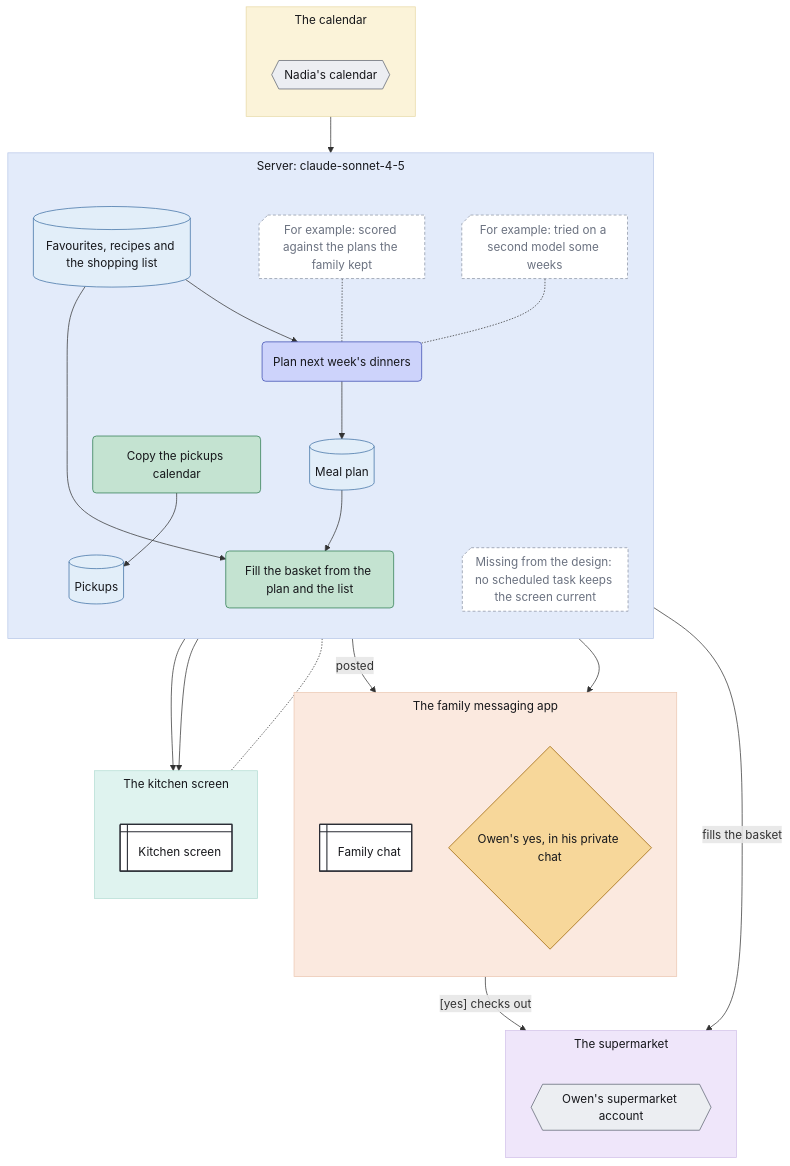
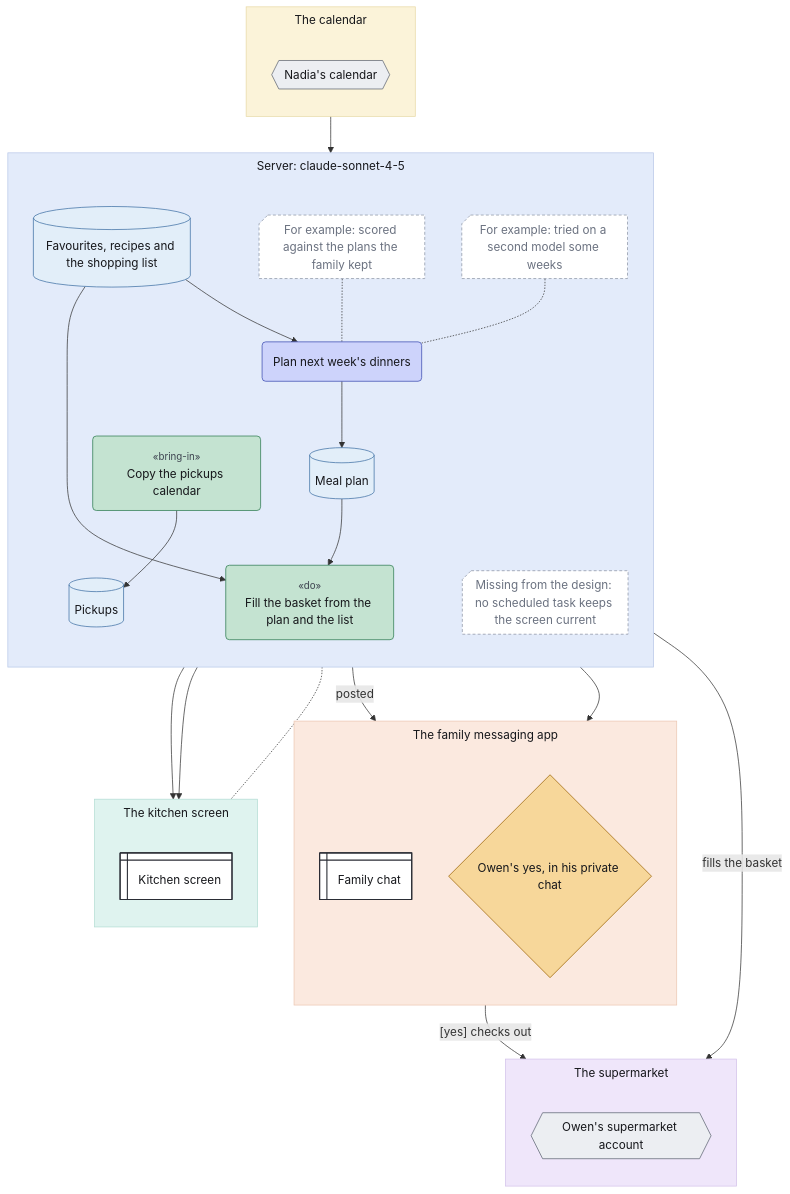
The diagram in examples/dinners-where.mmd (chrismdp/awml), drawn with Mermaid before and after one commit. The commit also changed 20 other files, not shown here.

```diff
--- a/examples/dinners-where.mmd
+++ b/examples/dinners-where.mmd
@@ -1,77 +1,77 @@
 ---
 config:
   theme: default
   flowchart:
     useMaxWidth: false
     subGraphTitleMargin:
       top: 6
       bottom: 30
 ---
 flowchart TB
   subgraph server["Server: claude-sonnet-4-5"]
     direction TB
     favourites[("Favourites, recipes and the shopping list")]
     plan("Plan next week's dinners")
     mealplan[("Meal plan")]
-    fill("Fill the basket from the plan and the list")
-    copy("Copy the pickups calendar")
+    fill("<small style='color:#3d434f'>«do»</small><br>Fill the basket from the plan and the list")
+    copy("<small style='color:#3d434f'>«bring-in»</small><br>Copy the pickups calendar")
     pickups[("Pickups")]
     screen_gap@{ shape: notch-rect, label: "Missing from the design: no scheduled task keeps the screen current" }
     scored@{ shape: notch-rect, label: "For example: scored against the plans the family kept" }
     tried@{ shape: notch-rect, label: "For example: tried on a second model some weeks" }
   end
   subgraph app["The family messaging app"]
     direction TB
     chat@{ shape: win-pane, label: "Family chat" }
     approve{"Owen's yes, in his private chat"}
   end
   subgraph supermarket["The supermarket"]
     direction TB
     shop{{"Owen's supermarket account"}}
   end
   subgraph calendars["The calendar"]
     direction TB
     calendar{{"Nadia's calendar"}}
   end
   subgraph wall["The kitchen screen"]
     direction TB
     screen@{ shape: win-pane, label: "Kitchen screen" }
   end
 
   favourites --> plan
   plan --> mealplan
   mealplan -->|"posted"| chat
   mealplan --> fill
   favourites --> fill
   fill -->|"fills the basket"| shop
   fill --> approve
   approve -->|"[yes] checks out"| shop
   calendar --> copy
   copy --> pickups
   pickups --> screen
   mealplan --> screen
   screen_gap -.- screen
   scored -.- plan
   tried -.- plan
   classDef trig fill:#fbe1ee,stroke:#a33a74,color:#16171b
   classDef ctx fill:#e2eef9,stroke:#3d6fa3,color:#16171b
   classDef con fill:#eceef2,stroke:#5d6472,color:#16171b
   classDef surf fill:#ffffff,stroke:#2a2d35,stroke-width:1.5px,color:#16171b
   classDef out fill:#fde4dc,stroke:#b5532f,color:#16171b
   classDef ai fill:#cdd3fb,stroke:#3b4bb0,color:#16171b
   classDef rule fill:#c4e3d1,stroke:#2b7a4f,color:#16171b
   classDef human fill:#f7d79a,stroke:#9a6100,color:#16171b
   classDef uml fill:#16171b,stroke:#16171b,color:#16171b
   classDef gap fill:#ffffff,stroke:#8a93a3,stroke-dasharray:4 3,color:#6b7280
   class favourites,mealplan,pickups ctx
   class shop,calendar con
   class chat,screen surf
   class plan ai
   class fill,copy rule
   class approve human
   class screen_gap,scored,tried gap
   style server fill:#e3ebfa,stroke:#b9c8e8,color:#16171b
   style app fill:#fbe9df,stroke:#ecc7b2,color:#16171b
   style supermarket fill:#efe6fa,stroke:#d3c2ea,color:#16171b
   style calendars fill:#fbf3d9,stroke:#e8d9a6,color:#16171b
   style wall fill:#dff3ef,stroke:#b4ddd4,color:#16171b
```
